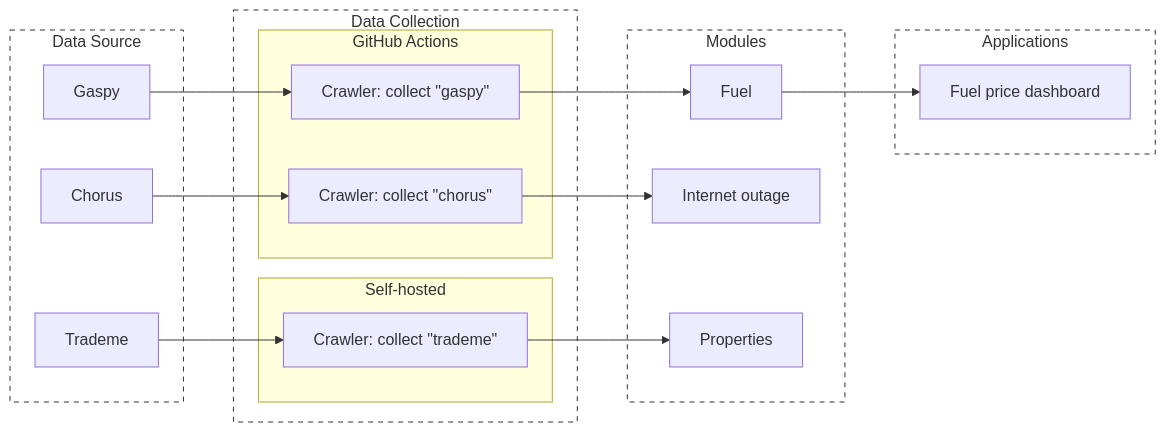
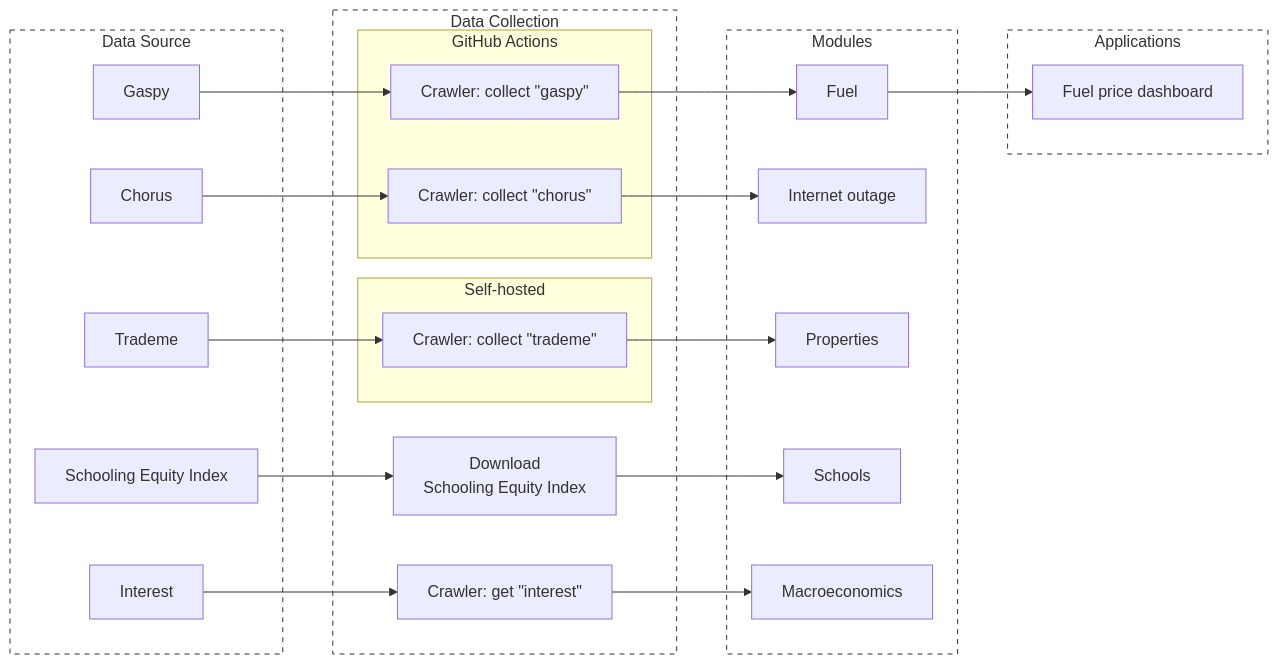
The diagram in doc/site/overview.md (cloudy-sfu/Auckland-house-prices), drawn with Mermaid before and after one commit. The commit also changed 18 other files, not shown here.

````diff
--- a/doc/site/overview.md
+++ b/doc/site/overview.md
@@ -3,43 +3,46 @@
 ```mermaid
 graph LR
     subgraph DataSource [Data Source]
         Gaspy
         Chorus
         Trademe
+        EQI["Schooling Equity Index"]
+        Interest
     end
 
     subgraph DataCollection [Data Collection]
         subgraph GHA [GitHub Actions]
             S_Gaspy["Crawler: collect #34;gaspy#34;"]
             S_Chorus["Crawler: collect #34;chorus#34;"]
         end
         subgraph SH [Self-hosted]
         	S_Trademe["Crawler: collect #34;trademe#34;"]
         end
+        S_EQI["Download<br>Schooling Equity Index"]
+        S_interest["Crawler: get #34;interest#34;"]
     end
 
     subgraph Modules [Modules]
         Fuel
         InternetOutage[Internet outage]
         Properties
+        Schools
+        Macroeconomics
     end
 
     subgraph Applications [Applications]
         Dashboard[Fuel price dashboard]
     end
 
-    %% Flow 1
     Gaspy --> S_Gaspy --> Fuel --> Dashboard
-    
-    %% Flow 2
     Chorus --> S_Chorus --> InternetOutage
-    
-    %% Flow 3
     Trademe --> S_Trademe --> Properties
+    EQI --> S_EQI --> Schools
+    Interest --> S_interest --> Macroeconomics
 
     %% Styling
     style DataSource fill:none,stroke:#333,stroke-dasharray: 5 5
     style DataCollection fill:none,stroke:#333,stroke-dasharray: 5 5
     style Modules fill:none,stroke:#333,stroke-dasharray: 5 5
     style Applications fill:none,stroke:#333,stroke-dasharray: 5 5
 ```
````
